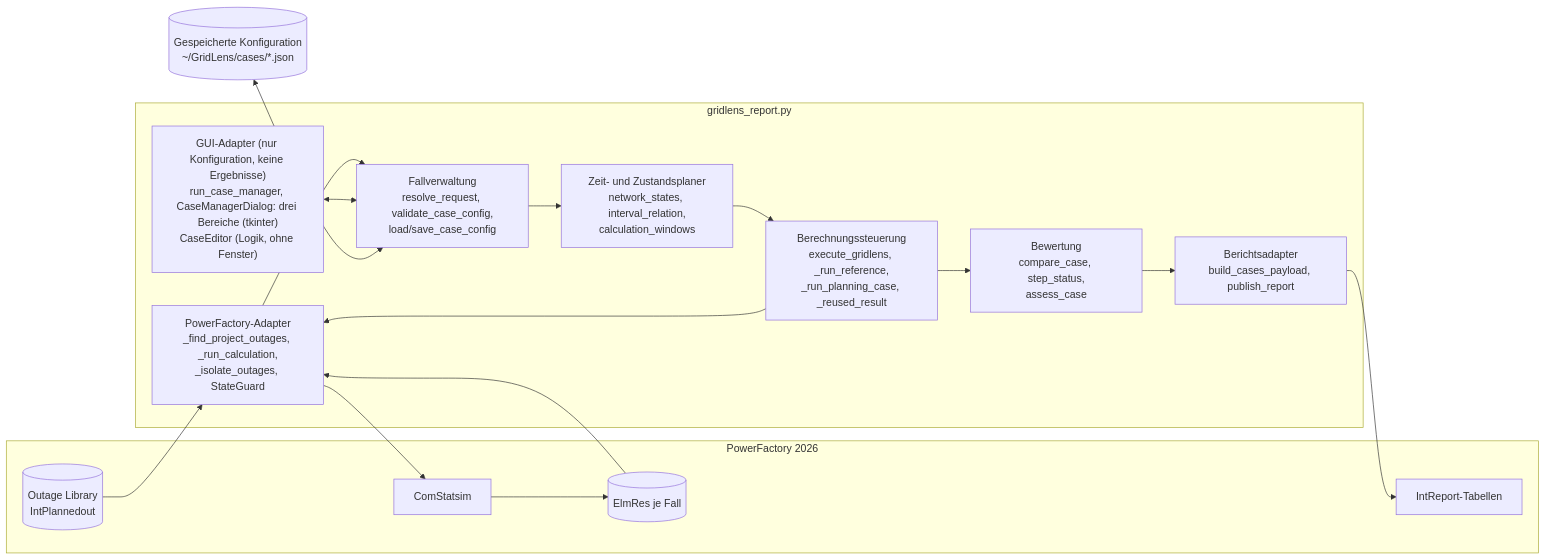
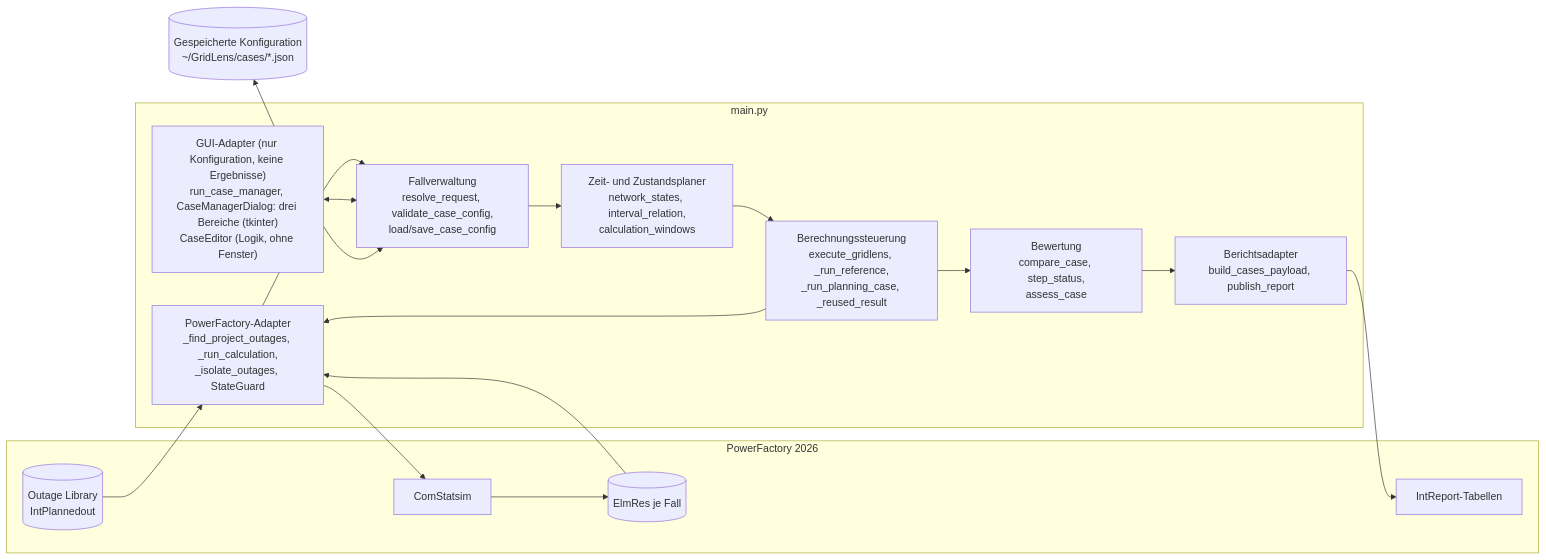
One commit to hadiibrahim-Engin/GridLensAssessment changed the first of 8 diagrams in docs/de/ARCHITEKTUR.md. Above: the diagram before and after it, drawn with Mermaid. The commit also changed other lines of this file and 91 other files, not shown here.

````diff
--- a/docs/de/ARCHITEKTUR.md
+++ b/docs/de/ARCHITEKTUR.md
@@ -128,26 +129,26 @@
 ```mermaid
 flowchart LR
     subgraph PF["PowerFactory 2026"]
         OL[("Outage Library<br/>IntPlannedout")]
         QDS["ComStatsim"]
         RES[("ElmRes je Fall")]
         REP["IntReport-Tabellen"]
     end
-    subgraph GL["gridlens_report.py"]
+    subgraph GL["main.py"]
         AD["PowerFactory-Adapter<br/>_find_project_outages, _run_calculation,<br/>_isolate_outages, StateGuard"]
         CM["Fallverwaltung<br/>resolve_request, validate_case_config,<br/>load/save_case_config"]
         GUI["GUI-Adapter (nur Konfiguration, keine Ergebnisse)<br/>run_case_manager, CaseManagerDialog: drei Bereiche (tkinter)<br/>CaseEditor (Logik, ohne Fenster)"]
         TP["Zeit- und Zustandsplaner<br/>network_states, interval_relation,<br/>calculation_windows"]
         OR["Berechnungssteuerung<br/>execute_gridlens, _run_reference,<br/>_run_planning_case, _reused_result"]
         AE["Bewertung<br/>compare_case, step_status,<br/>assess_case"]
         RA["Berichtsadapter<br/>build_cases_payload, publish_report"]
     end
     CFG[("Gespeicherte Konfiguration<br/>~/GridLens/cases/*.json")]
     OL --> AD --> CM
     GUI <--> CM
     CFG <--> CM
     CM --> TP --> OR
     OR --> AD
     AD --> QDS --> RES --> AD
     OR --> AE --> RA --> REP
 ```
````
